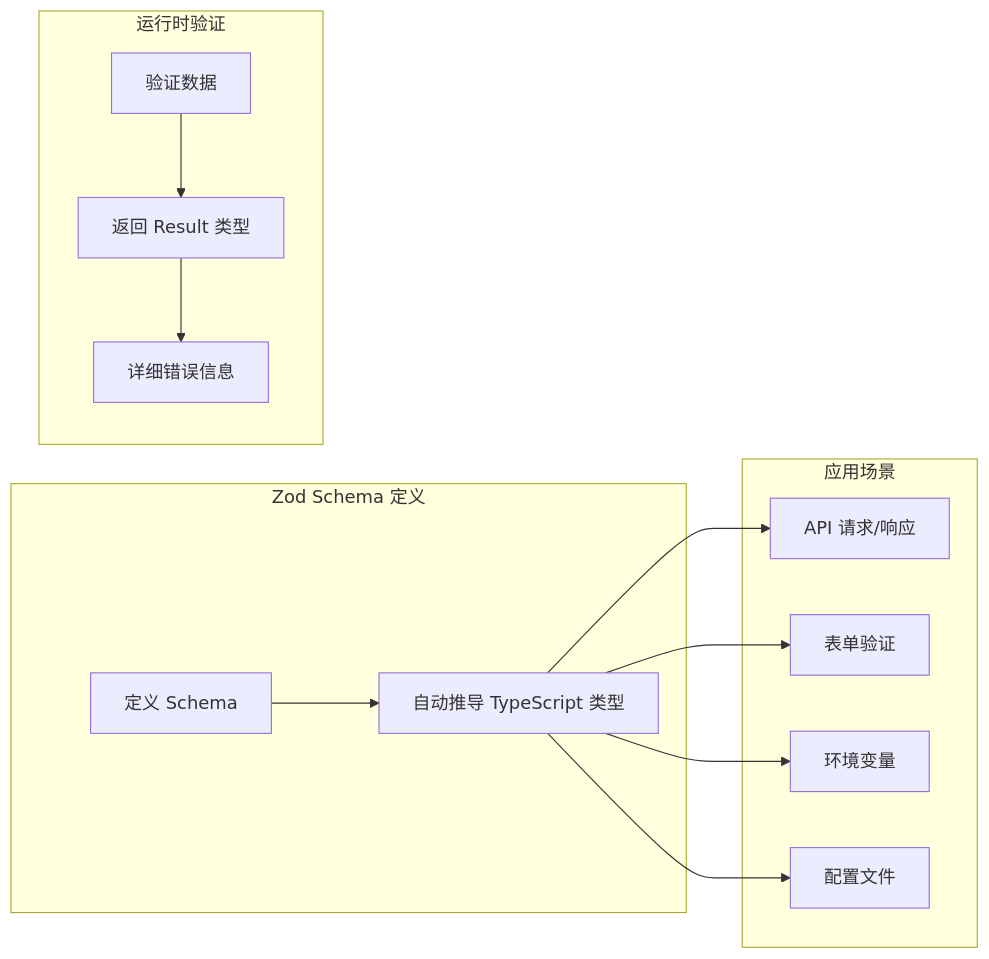
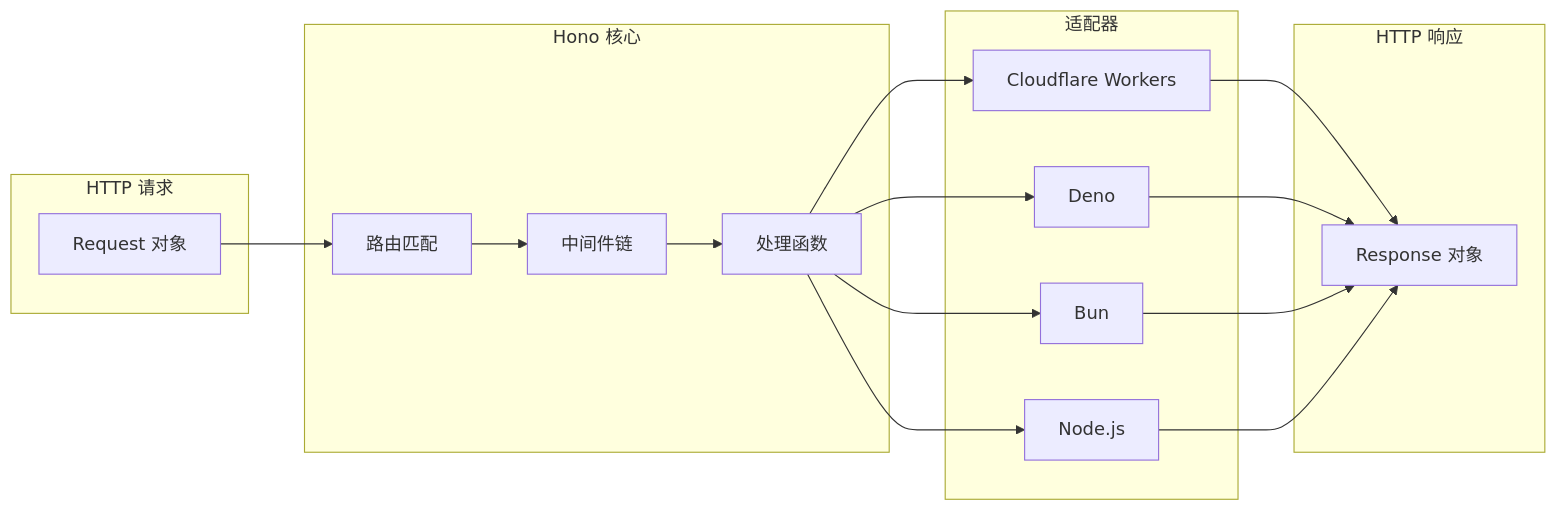
Diagram 20 of 21 in docs/open-source/trending.md (Shyu-x/frontend-interview), drawn with Mermaid before and after one commit. The commit also changed other lines of this file, not shown here.

````diff
--- a/docs/open-source/trending.md
+++ b/docs/open-source/trending.md
@@ -3021,24 +3922,25 @@
 ```mermaid
 flowchart LR
-    subgraph Schema["Zod Schema 定义"]
-        S[定义 Schema]
-        T[自动推导 TypeScript 类型]
+    subgraph 请求["HTTP 请求"]
+        R1[Request 对象]
     end
 
-    subgraph 验证["运行时验证"]
-        V[验证数据]
-        R[返回 Result 类型]
-        E[详细错误信息]
+    subgraph 核心["Hono 核心"]
+        RT[路由匹配]
+        MW[中间件链]
+        HT[处理函数]
     end
 
-    subgraph 应用["应用场景"]
-        API[API 请求/响应]
-        FORM[表单验证]
-        ENV[环境变量]
-        CONFIG[配置文件]
+    subgraph 适配["适配器"]
+        CF[Cloudflare Workers]
+        DN[Deno]
+        BN[Bun]
+        ND[Node.js]
     end
 
-    S --> T
-    V --> R --> E
-    T --> API & FORM & ENV & CONFIG
+    subgraph 响应["HTTP 响应"]
+        R2[Response 对象]
+    end
+
+    R1 --> RT --> MW --> HT --> CF & DN & BN & ND --> R2
 ```
````
